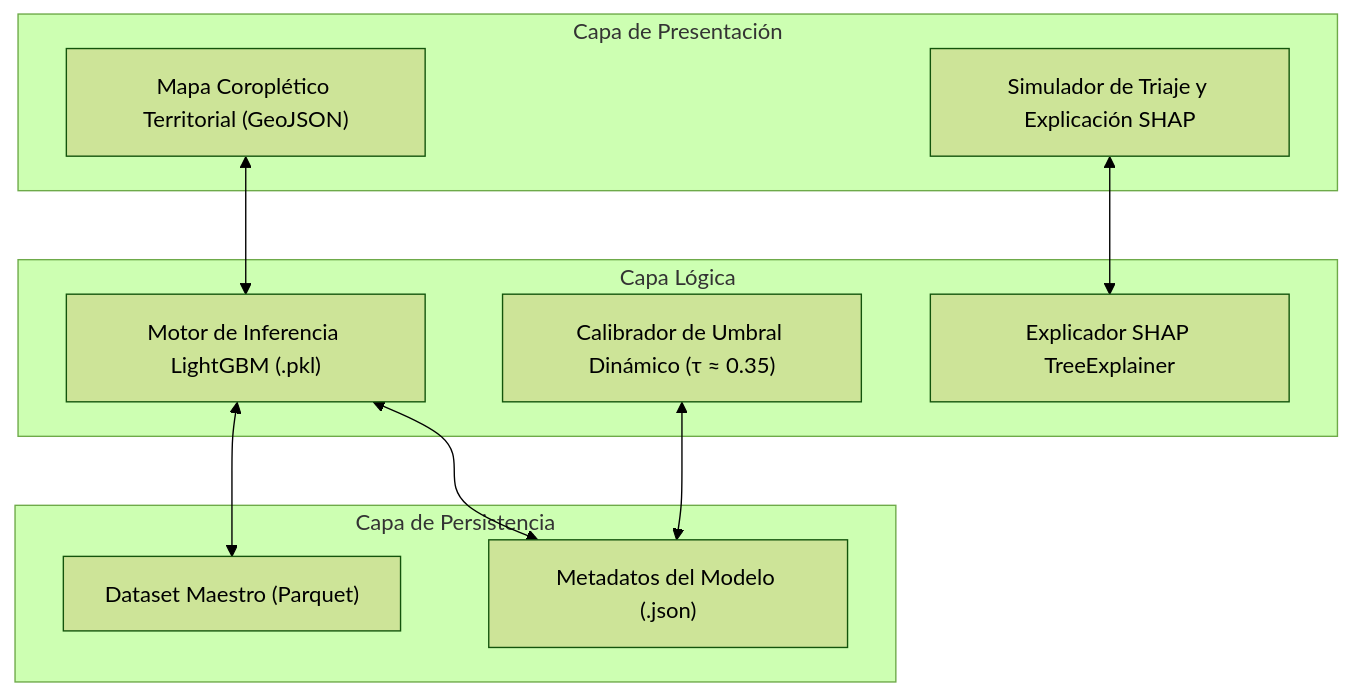
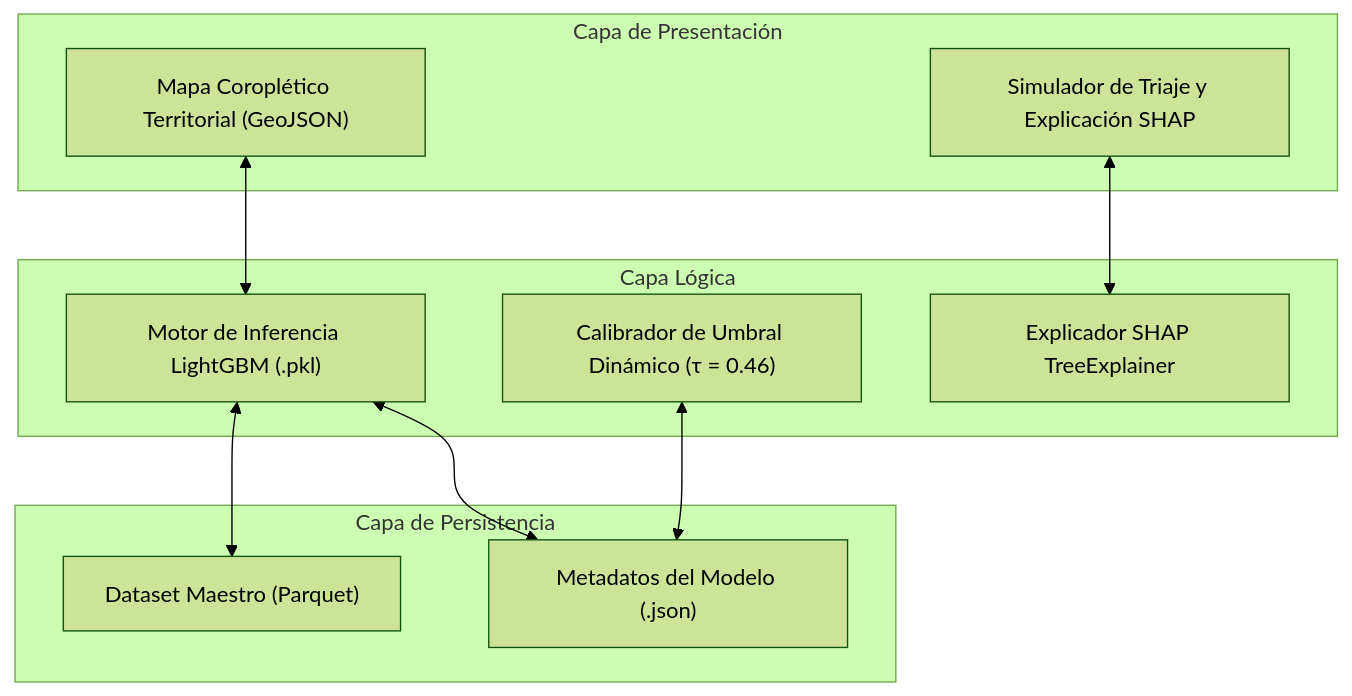
Before and after one commit to abelguevara-upeu/malnutrition-research: the third of 3 diagrams in docs/docs/metodologia_articulo.md, drawn with Mermaid (forest theme). The commit also changed other lines of this file and 4 other files, not shown here.

````diff
--- a/docs/docs/metodologia_articulo.md
+++ b/docs/docs/metodologia_articulo.md
@@ -58,21 +77,21 @@
 ```mermaid
 graph TD
     subgraph Capa de Presentación
         UI1["Mapa Coroplético Territorial (GeoJSON)"]
         UI2["Simulador de Triaje y Explicación SHAP"]
     end
     subgraph Capa Lógica
         L1["Motor de Inferencia LightGBM (.pkl)"]
-        L2["Calibrador de Umbral Dinámico (τ ≈ 0.35)"]
+        L2["Calibrador de Umbral Dinámico (τ = 0.46)"]
         L3["Explicador SHAP TreeExplainer"]
     end
     subgraph Capa de Persistencia
         D1["Dataset Maestro (Parquet)"]
         D2["Metadatos del Modelo (.json)"]
     end
     UI1 <--> L1
     UI2 <--> L3
     L1 <--> D1
     L1 <--> D2
     L2 <--> D2
 ```
````
